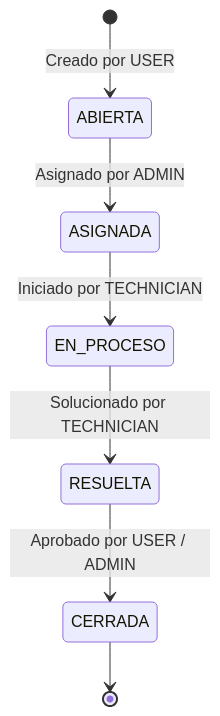
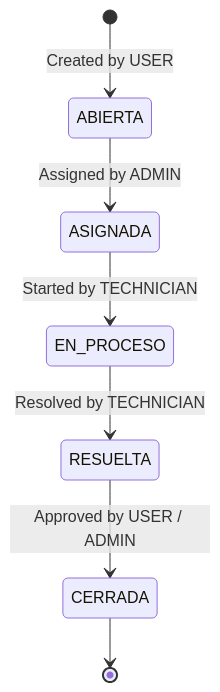
One commit to SantiSarmiento11/TechNova changed the diagram in README.md. Above: the diagram before and after it, drawn with Mermaid. The commit also changed other lines of this file and 6 other files, not shown here.

````diff
--- a/README.md
+++ b/README.md
@@ -88,9 +90,9 @@
 ```mermaid
 stateDiagram-v2
-    [*] --> ABIERTA: Creado por USER
-    ABIERTA --> ASIGNADA: Asignado por ADMIN
-    ASIGNADA --> EN_PROCESO: Iniciado por TECHNICIAN
-    EN_PROCESO --> RESUELTA: Solucionado por TECHNICIAN
-    RESUELTA --> CERRADA: Aprobado por USER / ADMIN
+    [*] --> ABIERTA: Created by USER
+    ABIERTA --> ASIGNADA: Assigned by ADMIN
+    ASIGNADA --> EN_PROCESO: Started by TECHNICIAN
+    EN_PROCESO --> RESUELTA: Resolved by TECHNICIAN
+    RESUELTA --> CERRADA: Approved by USER / ADMIN
     CERRADA --> [*]
 ```
````
